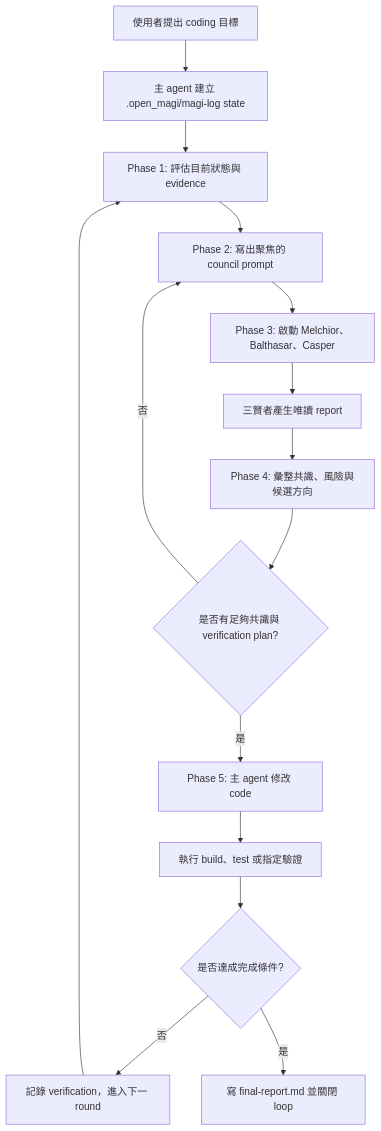
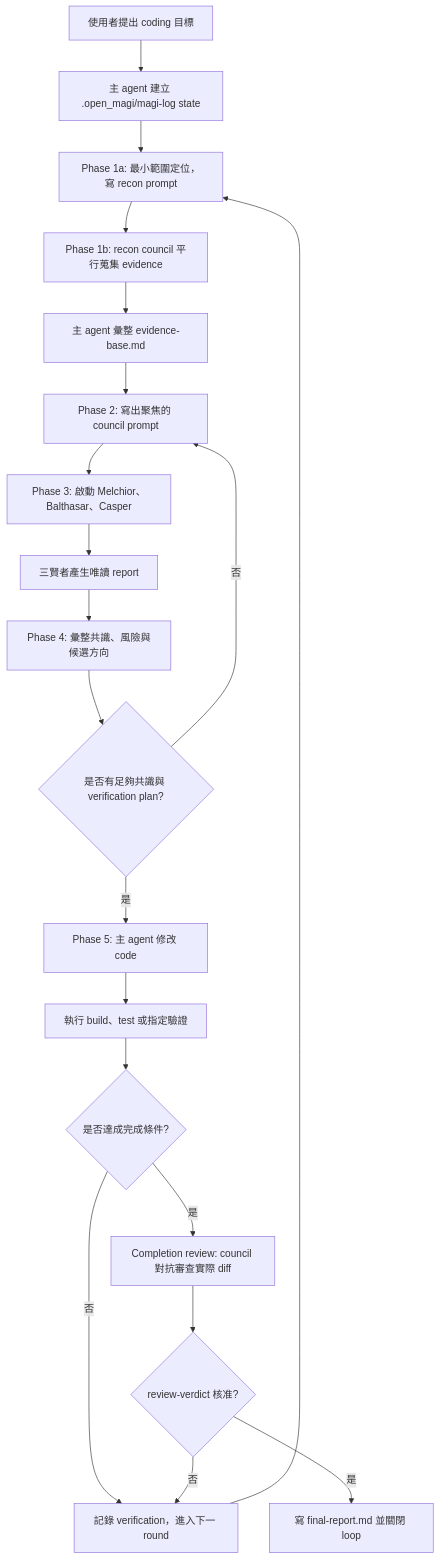
One commit to ladiossoop5star/open_magi changed the diagram in README.zh-TW.md. Above: the diagram before and after it, drawn with Mermaid. The commit also changed other lines of this file and 52 other files, not shown here.

````diff
--- a/README.zh-TW.md
+++ b/README.zh-TW.md
@@ -32,17 +35,22 @@
 ```mermaid
 flowchart TD
     A[使用者提出 coding 目標] --> B[主 agent 建立 .open_magi/magi-log state]
-    B --> C[Phase 1: 評估目前狀態與 evidence]
-    C --> D[Phase 2: 寫出聚焦的 council prompt]
+    B --> C[Phase 1a: 最小範圍定位，寫 recon prompt]
+    C --> R[Phase 1b: recon council 平行蒐集 evidence]
+    R --> R2[主 agent 彙整 evidence-base.md]
+    R2 --> D[Phase 2: 寫出聚焦的 council prompt]
     D --> E[Phase 3: 啟動 Melchior、Balthasar、Casper]
     E --> F[三賢者產生唯讀 report]
     F --> G[Phase 4: 彙整共識、風險與候選方向]
     G --> H{是否有足夠共識與 verification plan?}
     H -- 否 --> D
     H -- 是 --> I[Phase 5: 主 agent 修改 code]
     I --> J[執行 build、test 或指定驗證]
     J --> K{是否達成完成條件?}
     K -- 否 --> L[記錄 verification，進入下一 round]
     L --> C
-    K -- 是 --> M[寫 final-report.md 並關閉 loop]
+    K -- 是 --> V[Completion review: council 對抗審查實際 diff]
+    V --> W{review-verdict 核准?}
+    W -- 否 --> L
+    W -- 是 --> M[寫 final-report.md 並關閉 loop]
 ```
````
